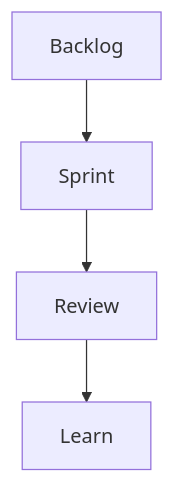
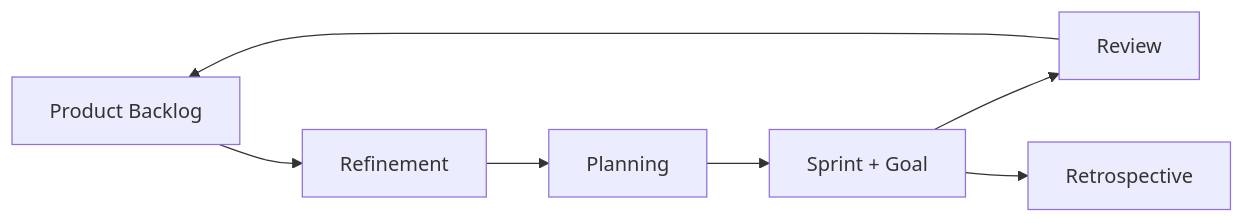
The diagram in nine-to-eighteen/ui/src/data/learn/product/pm04-agile-po.md (AlexanderNY/cursor_test), drawn with Mermaid before and after one commit. The commit also changed other lines of this file and 3060 other files, not shown here.

````diff
--- a/nine-to-eighteen/ui/src/data/learn/product/pm04-agile-po.md
+++ b/nine-to-eighteen/ui/src/data/learn/product/pm04-agile-po.md
@@ -58,6 +94,9 @@
 ```mermaid
-flowchart TB
-  Backlog --> Sprint
+flowchart LR
+  PB[Product Backlog] --> Refinement
+  Refinement --> Planning
+  Planning --> Sprint[Sprint + Goal]
   Sprint --> Review
-  Review --> Learn
+  Review --> PB
+  Sprint --> Retro[Retrospective]
 ```
````
